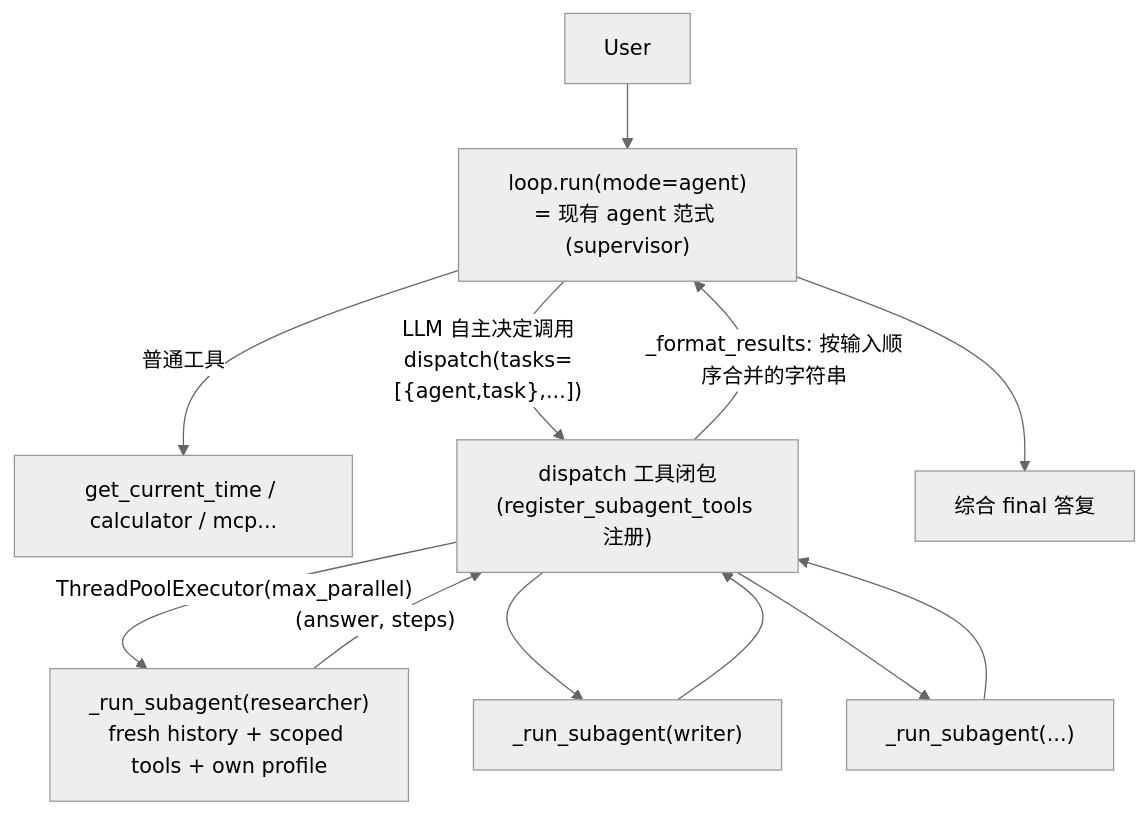
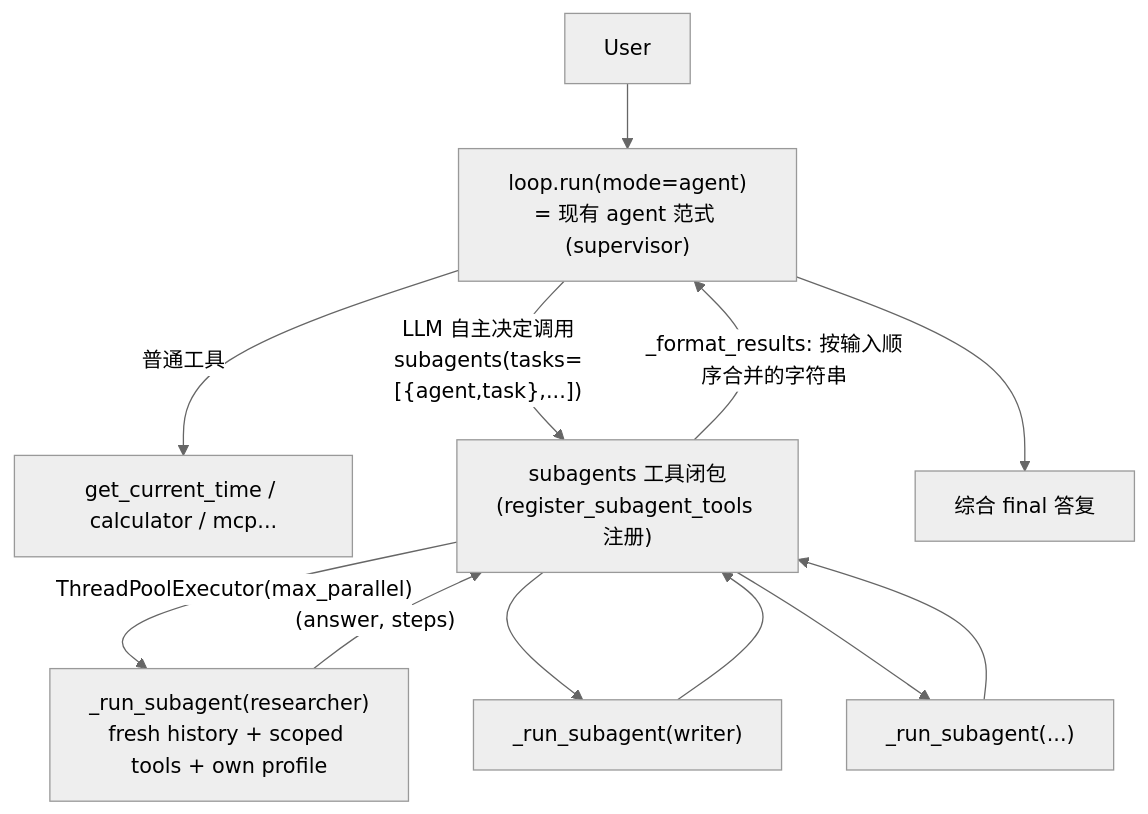
One commit to EpisodeYu/HarnessSmith changed the diagram in docs/02-development/16-slice-14-subagents.md. Above: the diagram before and after it, drawn with Mermaid (neutral theme). The commit also changed other lines of this file and 16 other files, not shown here.

````diff
--- a/docs/02-development/16-slice-14-subagents.md
+++ b/docs/02-development/16-slice-14-subagents.md
@@ -73,14 +73,14 @@
 ```mermaid
 flowchart TD
   user[User] --> sup["loop.run(mode=agent)<br/>= 现有 agent 范式 (supervisor)"]
   sup -->|"普通工具"| t1["get_current_time / calculator / mcp..."]
-  sup -->|"LLM 自主决定调用<br/>dispatch(tasks=[{agent,task},...])"| disp["dispatch 工具闭包<br/>(register_subagent_tools 注册)"]
+  sup -->|"LLM 自主决定调用<br/>subagents(tasks=[{agent,task},...])"| disp["subagents 工具闭包<br/>(register_subagent_tools 注册)"]
   disp -->|"ThreadPoolExecutor(max_parallel)"| w1["_run_subagent(researcher)<br/>fresh history + scoped tools + own profile"]
   disp --> w2["_run_subagent(writer)"]
   disp --> w3["_run_subagent(...)"]
   w1 -->|"(answer, steps)"| disp
   w2 --> disp
   w3 --> disp
   disp -->|"_format_results: 按输入顺序合并的字符串"| sup
   sup --> ans["综合 final 答复"]
 ```
````
